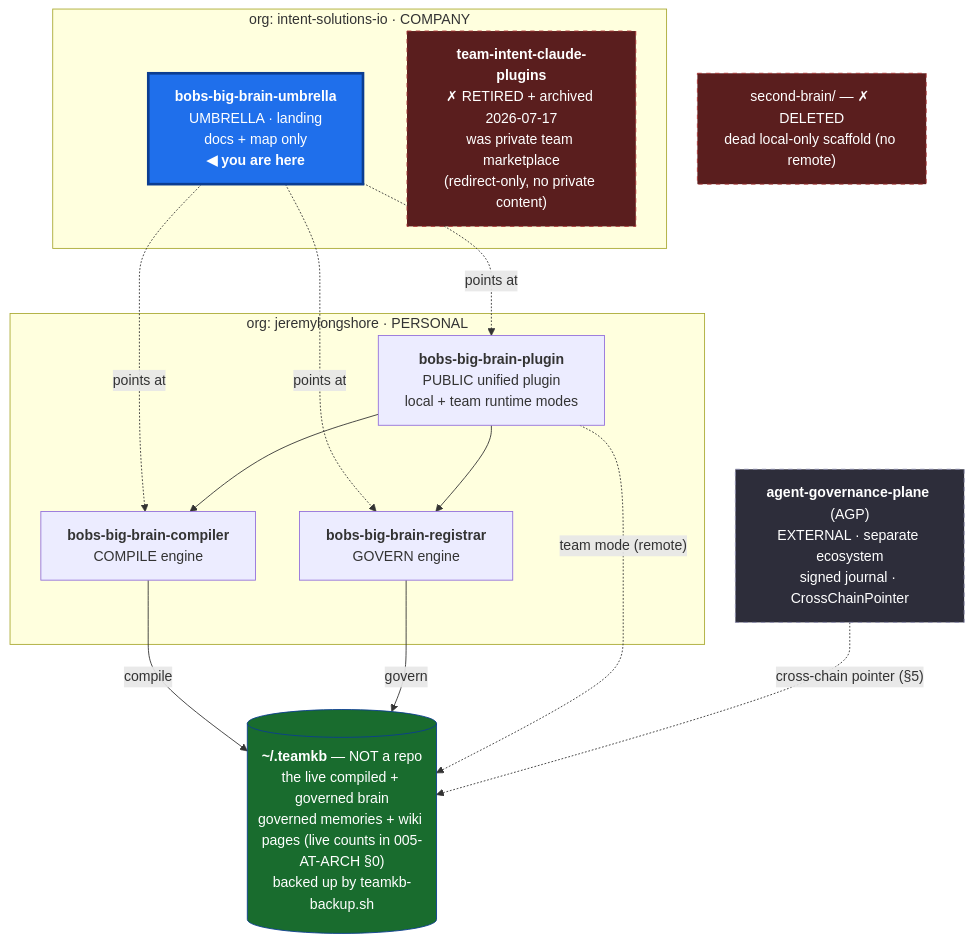
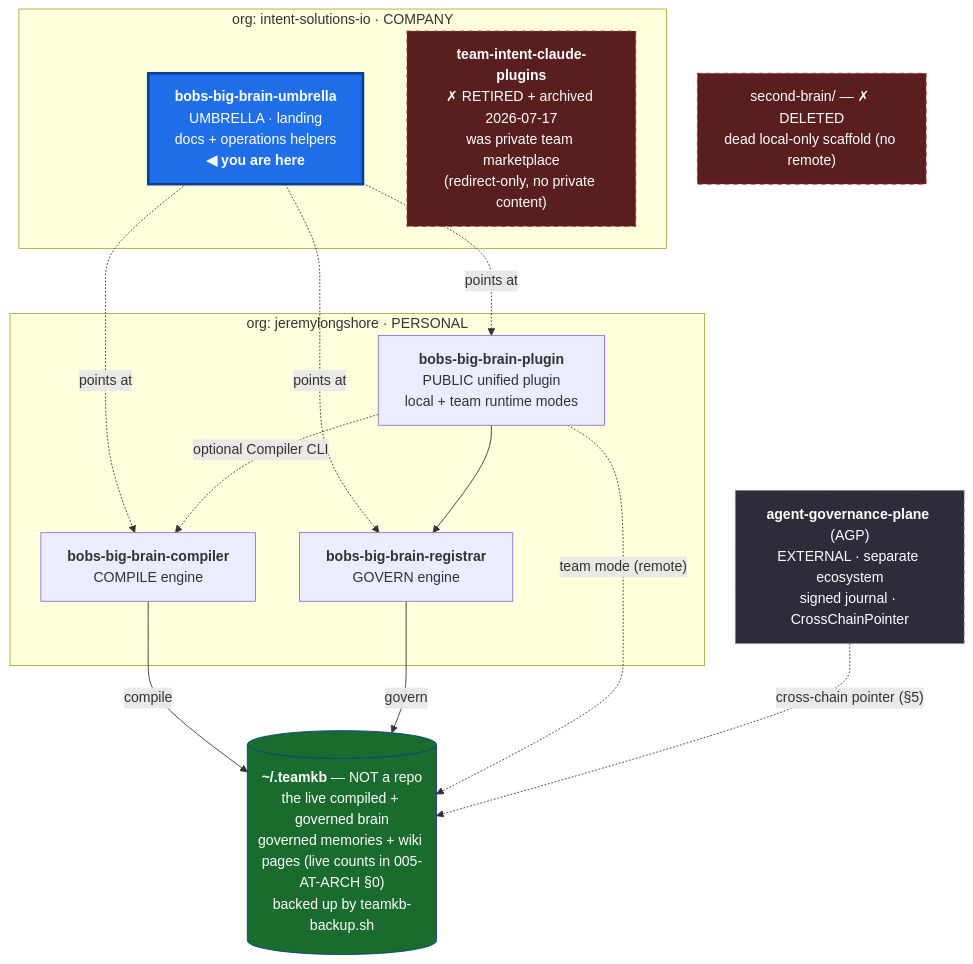
The first of 2 diagrams in 000-docs/007-AT-SMAP-repo-topology-and-working-surface.md (intent-solutions-io/bobs-big-brain-umbrella), drawn with Mermaid before and after one commit. The commit also changed other lines of this file and 13 other files, not shown here.

````diff
--- a/000-docs/007-AT-SMAP-repo-topology-and-working-surface.md
+++ b/000-docs/007-AT-SMAP-repo-topology-and-working-surface.md
@@ -20,31 +20,31 @@
 ```mermaid
 flowchart TB
   subgraph ISO["org: intent-solutions-io  ·  COMPANY"]
-    UMB["<b>bobs-big-brain-umbrella</b><br/>UMBRELLA · landing<br/>docs + map only<br/><b>◀ you are here</b>"]
+    UMB["<b>bobs-big-brain-umbrella</b><br/>UMBRELLA · landing<br/>docs + operations helpers<br/><b>◀ you are here</b>"]
     MKT["<b>team-intent-claude-plugins</b><br/>✗ RETIRED + archived 2026-07-17<br/>was private team marketplace<br/>(redirect-only, no private content)"]
   end
   subgraph JL["org: jeremylongshore  ·  PERSONAL"]
     ICO["<b>bobs-big-brain-compiler</b><br/>COMPILE engine"]
     INTKB["<b>bobs-big-brain-registrar</b><br/>GOVERN engine"]
     PLUG["<b>bobs-big-brain-plugin</b><br/>PUBLIC unified plugin<br/>local + team runtime modes"]
   end
   DATA[("<b>~/.teamkb</b> — NOT a repo<br/>the live compiled + governed brain<br/>governed memories + wiki pages (live counts in 005-AT-ARCH §0)<br/>backed up by teamkb-backup.sh")]
   CRUFT["second-brain/ — ✗ DELETED<br/>dead local-only scaffold (no remote)"]
   AGP["<b>agent-governance-plane</b> (AGP)<br/>EXTERNAL · separate ecosystem<br/>signed journal · CrossChainPointer"]
 
   UMB -. points at .-> ICO
   UMB -. points at .-> INTKB
   UMB -. points at .-> PLUG
-  PLUG --> ICO
+  PLUG -. optional Compiler CLI .-> ICO
   PLUG --> INTKB
   ICO -- compile --> DATA
   INTKB -- govern --> DATA
   PLUG -. team mode (remote) .-> DATA
   AGP -. "cross-chain pointer (§5)" .-> DATA
 
   style UMB fill:#1f6feb,stroke:#0b3d91,stroke-width:3px,color:#ffffff
   style DATA fill:#196c2e,stroke:#0b3d91,color:#ffffff
   style MKT fill:#5a1e1e,stroke:#a33,stroke-dasharray:5 5,color:#ffffff
   style CRUFT fill:#5a1e1e,stroke:#a33,stroke-dasharray:5 5,color:#ffffff
   style AGP fill:#2d2d3a,stroke:#8888aa,stroke-dasharray:5 5,color:#ffffff
 ```
````
